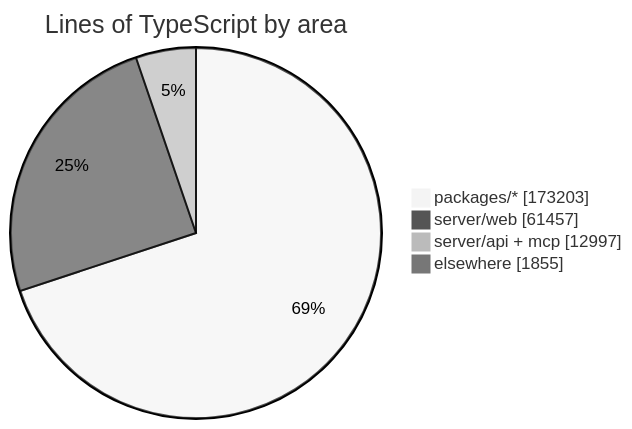
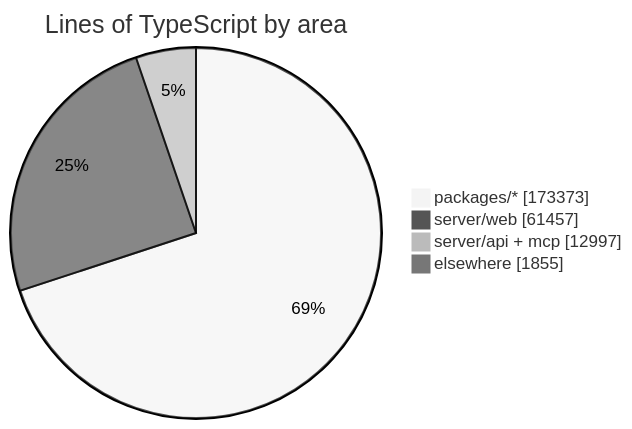
The diagram in README.md (crossworks-engineering/mantle), drawn with Mermaid (neutral theme) before and after one commit. The commit also changed other lines of this file and 2 other files, not shown here.

````diff
--- a/README.md
+++ b/README.md
@@ -279,7 +279,7 @@
 ```mermaid
 pie showData title Lines of TypeScript by area
-    "packages/*" : 173203
+    "packages/*" : 173373
     "server/web" : 61457
     "server/api + mcp" : 12997
     "elsewhere" : 1855
 ```
````
